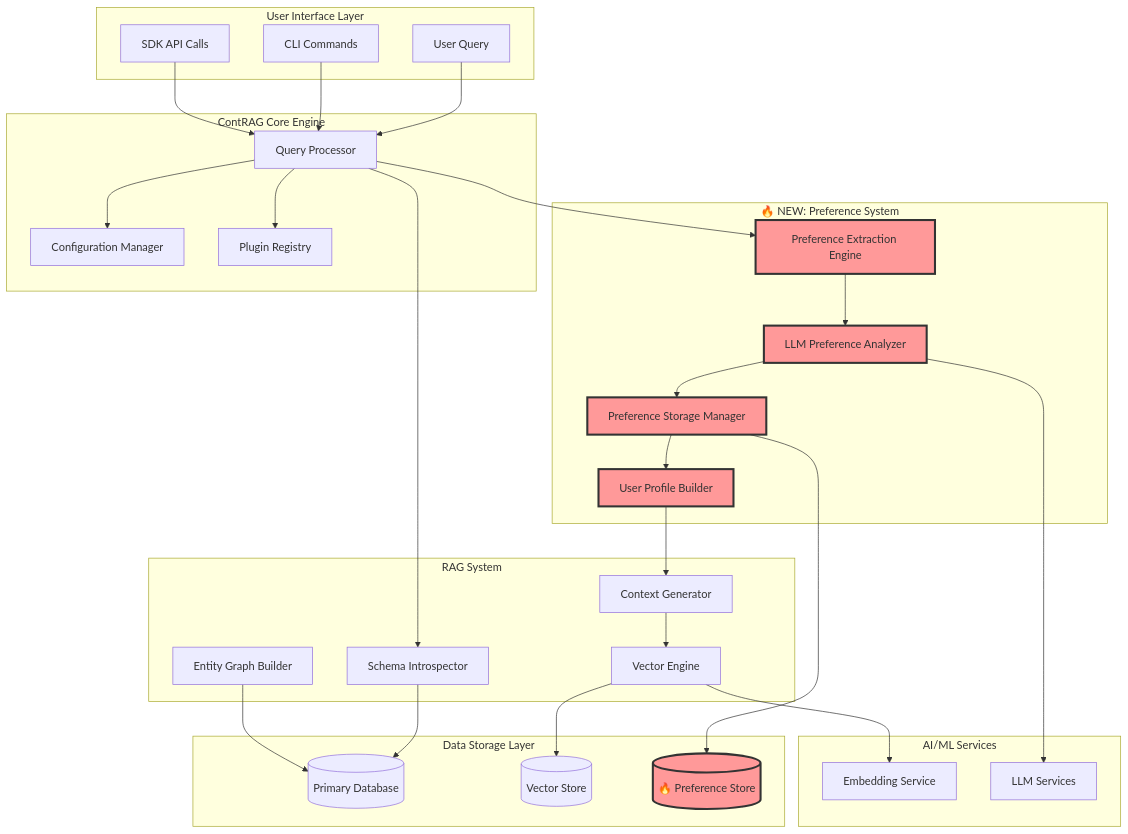
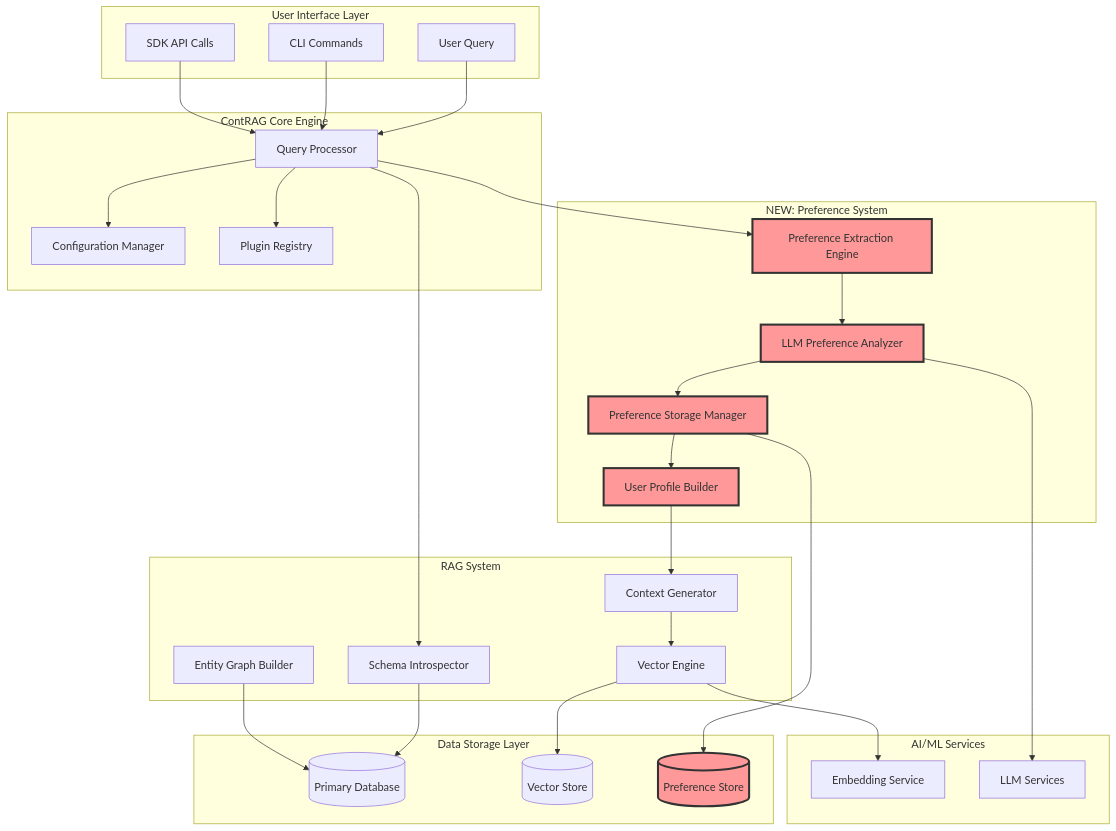
Before and after one commit to dhaniverse/contrag: the first of 8 diagrams in docs/ARCHITECTURE.md, drawn with Mermaid. The commit also changed other lines of this file and 12 other files, not shown here.

````diff
--- a/docs/ARCHITECTURE.md
+++ b/docs/ARCHITECTURE.md
@@ -27,67 +26,67 @@
 ```mermaid
 graph TB
     subgraph "User Interface Layer"
         A[User Query]
         B[CLI Commands] 
         C[SDK API Calls]
     end
     
     subgraph "ContRAG Core Engine"
         D[Query Processor]
         E[Configuration Manager]
         F[Plugin Registry]
     end
     
-    subgraph "🔥 NEW: Preference System"
+    subgraph " NEW: Preference System"
         G[Preference Extraction Engine]
         H[LLM Preference Analyzer]
         I[Preference Storage Manager]
         J[User Profile Builder]
     end
     
     subgraph "RAG System"
         K[Schema Introspector]
         L[Entity Graph Builder]
         M[Context Generator]
         N[Vector Engine]
     end
     
     subgraph "Data Storage Layer"
         O[(Primary Database)]
         P[(Vector Store)]
-        Q[(🔥 Preference Store)]
+        Q[( Preference Store)]
     end
     
     subgraph "AI/ML Services"
         R[Embedding Service]
         S[LLM Services]
     end
     
     A --> D
     B --> D  
     C --> D
     D --> E
     D --> F
     D --> G
     D --> K
     
     G --> H
     H --> I
     I --> Q
     I --> J
     J --> M
     
     K --> O
     L --> O
     M --> N
     N --> P
     N --> R
     
     H --> S
     
     style G fill:#ff9999,stroke:#333,stroke-width:3px
     style H fill:#ff9999,stroke:#333,stroke-width:3px
     style I fill:#ff9999,stroke:#333,stroke-width:3px
     style J fill:#ff9999,stroke:#333,stroke-width:3px
     style Q fill:#ff9999,stroke:#333,stroke-width:3px
 ```
````
